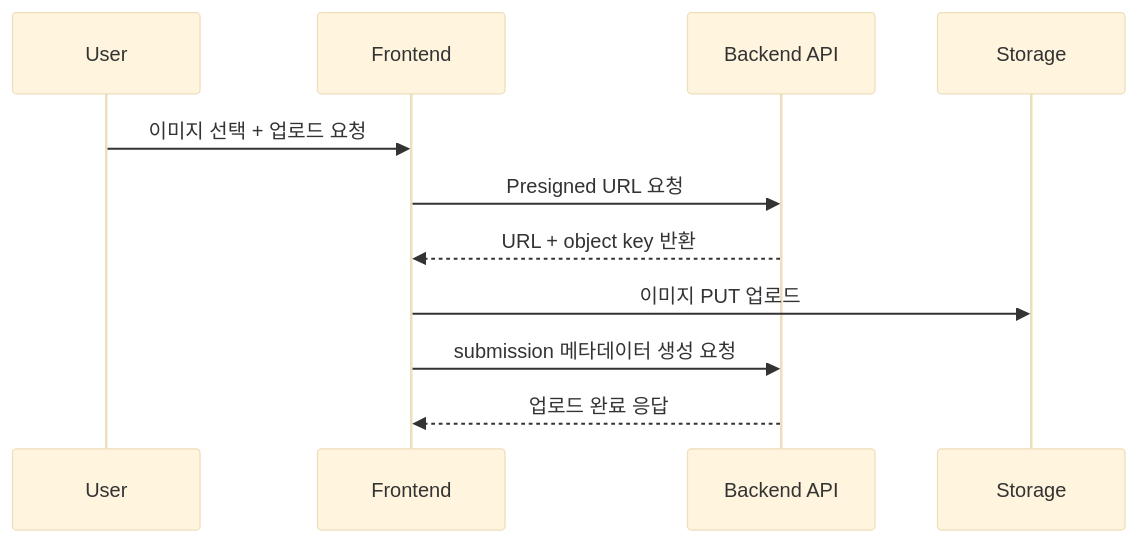
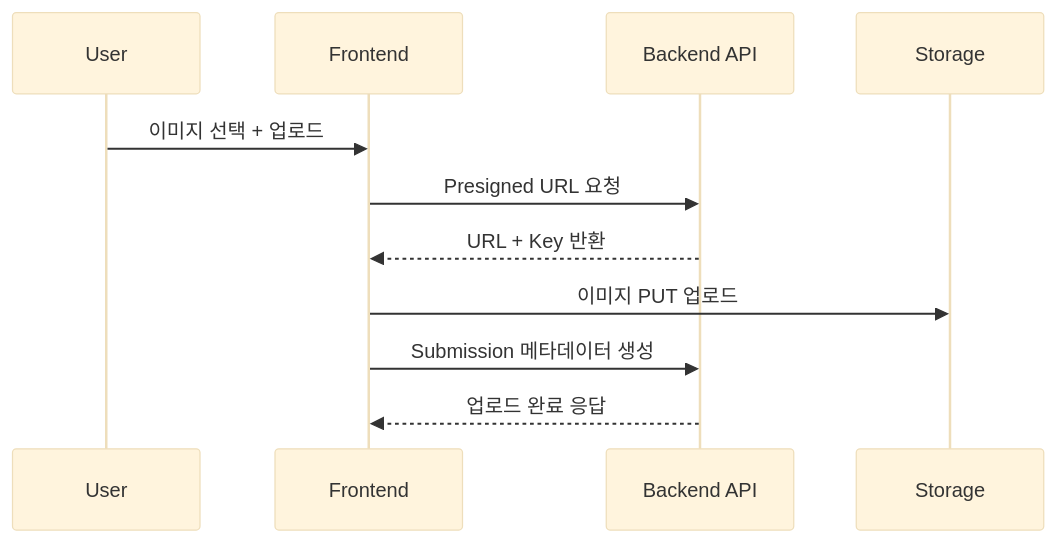
One commit to Greaming-UMC/Greaming_FE changed the second of 2 diagrams in README.md. Above: the diagram before and after it, drawn with Mermaid (base theme). The commit also changed other lines of this file, not shown here.

Commit message:
docs: update README with design principles, architecture overview, and service links

````diff
--- a/README.md
+++ b/README.md
@@ -49,14 +109,14 @@
 ```mermaid
 sequenceDiagram
     participant User as User
     participant FE as Frontend
     participant API as Backend API
     participant S3 as Storage
 
-    User->>FE: 이미지 선택 + 업로드 요청
+    User->>FE: 이미지 선택 + 업로드
     FE->>API: Presigned URL 요청
-    API-->>FE: URL + object key 반환
+    API-->>FE: URL + Key 반환
     FE->>S3: 이미지 PUT 업로드
-    FE->>API: submission 메타데이터 생성 요청
+    FE->>API: Submission 메타데이터 생성
     API-->>FE: 업로드 완료 응답
 ```
````
